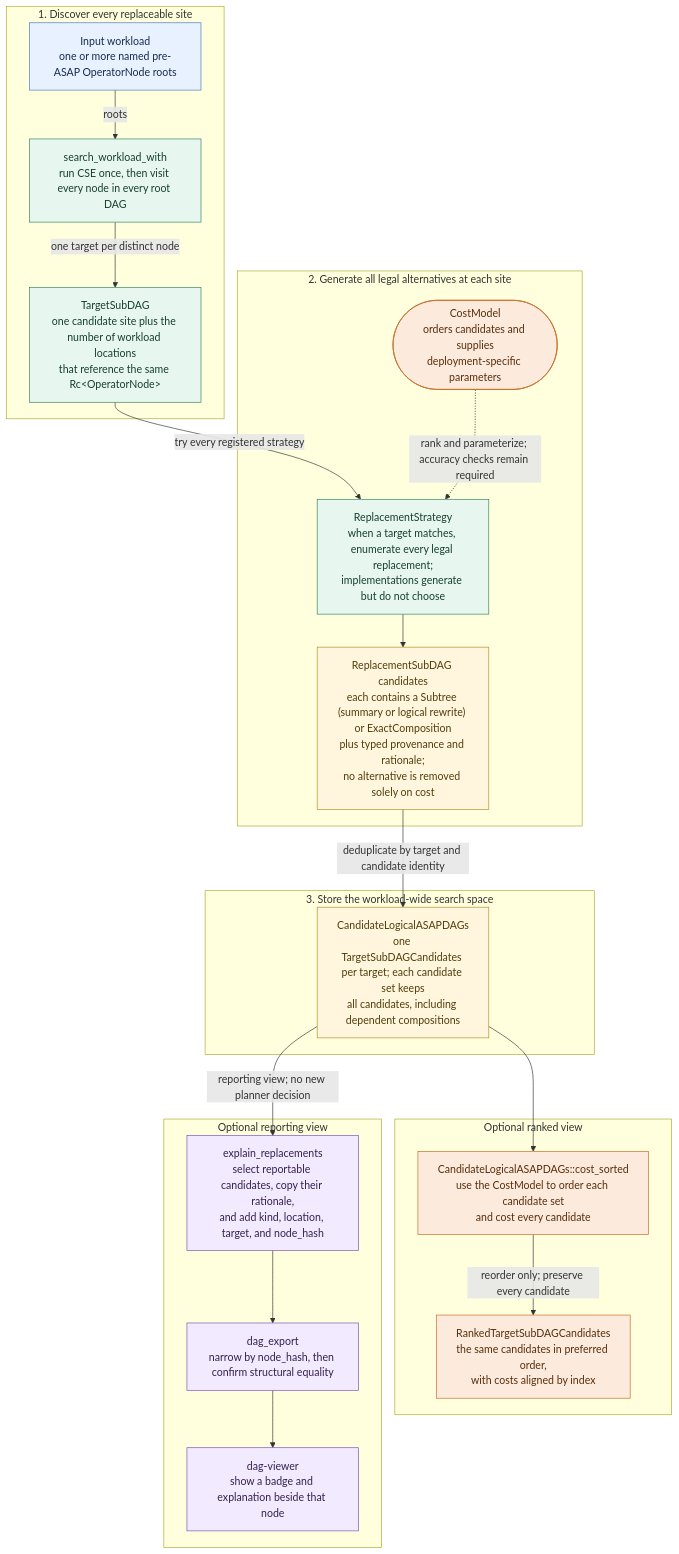
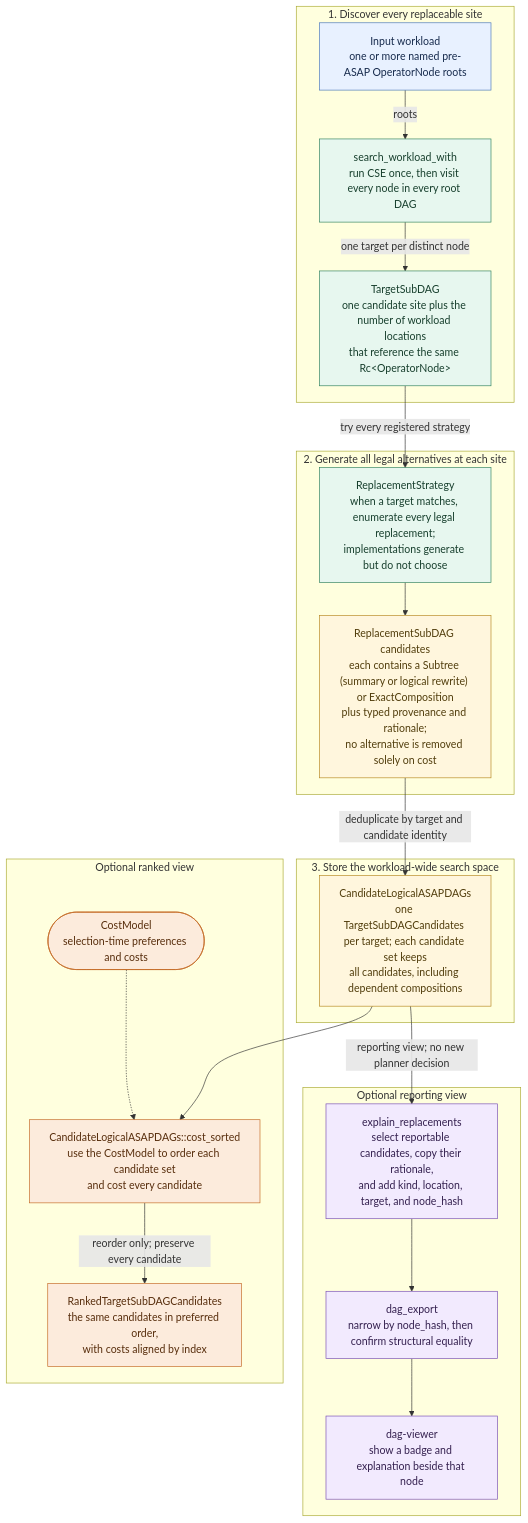
One commit to ProjectASAP/ASAPPlanner changed the first of 2 diagrams in docs/develop_docs/asap-aware-mapping-architecture.md. Above: the diagram before and after it, drawn with Mermaid. The commit also changed other lines of this file and 6 other files, not shown here.

````diff
--- a/docs/develop_docs/asap-aware-mapping-architecture.md
+++ b/docs/develop_docs/asap-aware-mapping-architecture.md
@@ -82,41 +84,41 @@
 ```mermaid
 flowchart TB
   classDef input fill:#e8f1ff,stroke:#4b78b8,color:#172b4d
   classDef generate fill:#e7f7ef,stroke:#31835e,color:#173f2d
   classDef store fill:#fff6dd,stroke:#b78922,color:#513d0c
   classDef choose fill:#fcebdc,stroke:#c46a25,color:#572d0c
   classDef report fill:#f2eafe,stroke:#7950b3,color:#34204f
 
   subgraph DISCOVERY[1. Discover every replaceable site]
     WL["Input workload<br/>one or more named pre-ASAP OperatorNode roots"]:::input
     SEARCH["search_workload_with<br/>run CSE once, then visit every node in every root DAG"]:::generate
     TARGET["TargetSubDAG<br/>one candidate site plus the number of workload locations<br/>that reference the same Rc&lt;OperatorNode&gt;"]:::generate
     WL -->|"roots"| SEARCH -->|"one target per distinct node"| TARGET
   end
 
   subgraph GENERATION[2. Generate all legal alternatives at each site]
     STRATEGY["ReplacementStrategy<br/>when a target matches, enumerate every legal replacement;<br/>implementations generate but do not choose"]:::generate
     CAND["ReplacementSubDAG candidates<br/>each contains a Subtree (summary or logical rewrite) or ExactComposition<br/>plus typed provenance and rationale;<br/>no alternative is removed solely on cost"]:::store
     TARGET -->|"try every registered strategy"| STRATEGY --> CAND
-    CM(["CostModel<br/>orders candidates and supplies<br/>deployment-specific parameters"]):::choose
-    CM -. "rank and parameterize; accuracy checks remain required" .-> STRATEGY
   end
 
   subgraph SEARCHSPACE[3. Store the workload-wide search space]
     SPACE["CandidateLogicalASAPDAGs<br/>one TargetSubDAGCandidates per target; each candidate set keeps<br/>all candidates, including dependent compositions"]:::store
     CAND -->|"deduplicate by target and candidate identity"| SPACE
   end
 
   subgraph RANKING[Optional ranked view]
+    CM(["CostModel<br/>selection-time preferences and costs"]):::choose
     SORT["CandidateLogicalASAPDAGs::cost_sorted<br/>use the CostModel to order each candidate set<br/>and cost every candidate"]:::choose
+    CM -.-> SORT
     RANKED["RankedTargetSubDAGCandidates<br/>the same candidates in preferred order,<br/>with costs aligned by index"]:::choose
     SPACE --> SORT -->|"reorder only; preserve every candidate"| RANKED
   end
 
   subgraph REPORTING[Optional reporting view]
     EXPLAIN["explain_replacements<br/>select reportable candidates, copy their rationale,<br/>and add kind, location, target, and node_hash"]:::report
     EXPORT["dag_export<br/>narrow by node_hash, then confirm structural equality"]:::report
     VIEWER["dag-viewer<br/>show a badge and explanation beside that node"]:::report
     SPACE -->|"reporting view; no new planner decision"| EXPLAIN --> EXPORT --> VIEWER
   end
 ```
````
